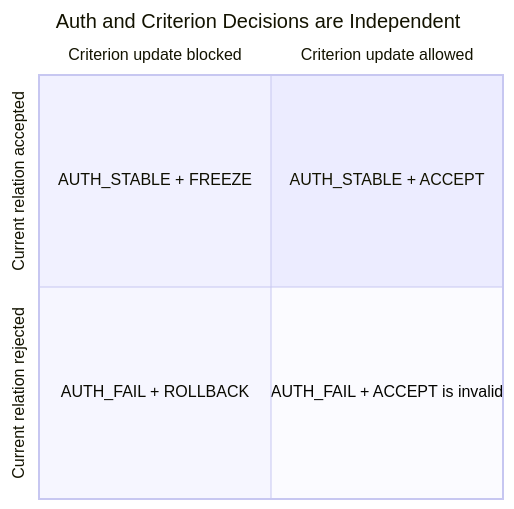
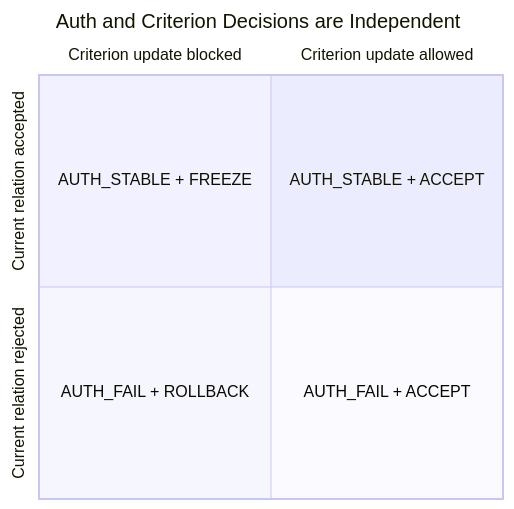
Before and after one commit to gitGyro-Dev/gyroauth: the sixth of 6 diagrams in figures/guarded_criterion_trajectories_mermaid.md, drawn with Mermaid. The commit also changed other lines of this file, not shown here.

Commit message:
Improve Figure 6 right-cell padding by moving invalidity qualifier to caption

````diff
--- a/figures/guarded_criterion_trajectories_mermaid.md
+++ b/figures/guarded_criterion_trajectories_mermaid.md
@@ -107,10 +107,10 @@
 ```mermaid
 quadrantChart
     title Auth and Criterion Decisions are Independent
     x-axis Criterion update blocked --> Criterion update allowed
     y-axis Current relation rejected --> Current relation accepted
     quadrant-1 AUTH_STABLE + ACCEPT
     quadrant-2 AUTH_STABLE + FREEZE
     quadrant-3 AUTH_FAIL + ROLLBACK
-    quadrant-4 AUTH_FAIL + ACCEPT is invalid
+    quadrant-4 AUTH_FAIL + ACCEPT
 ```
````
